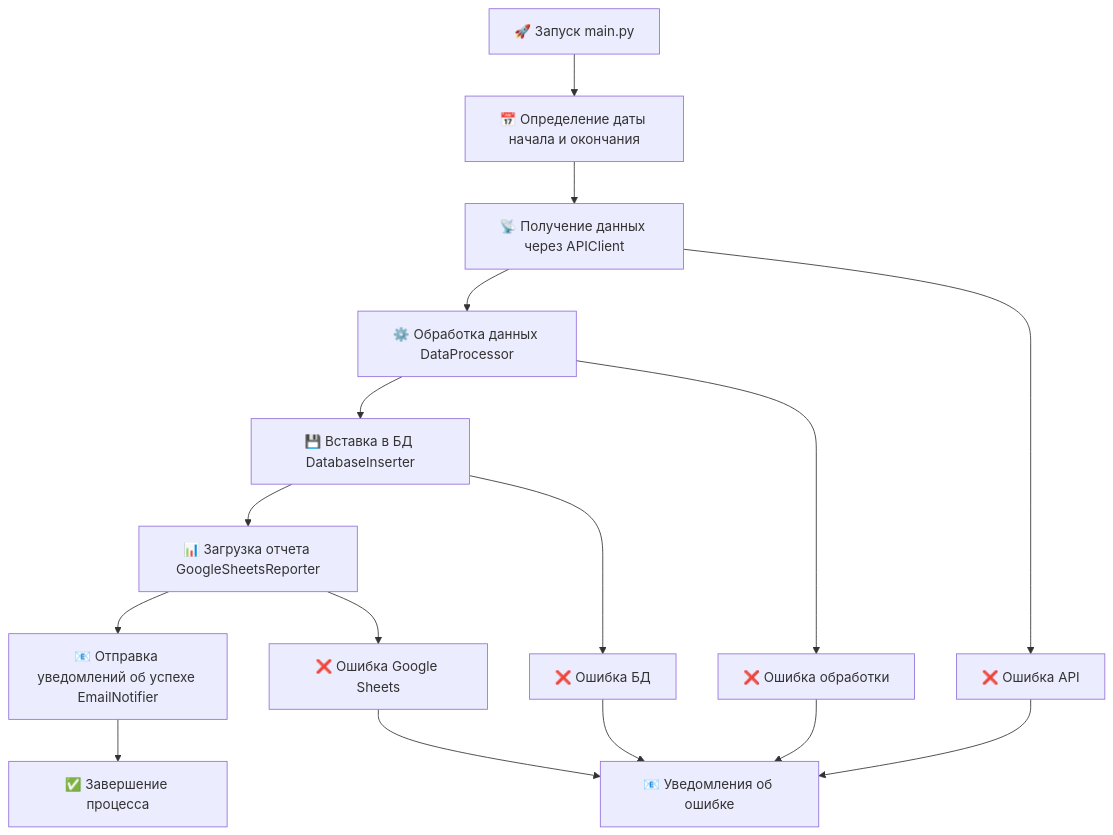
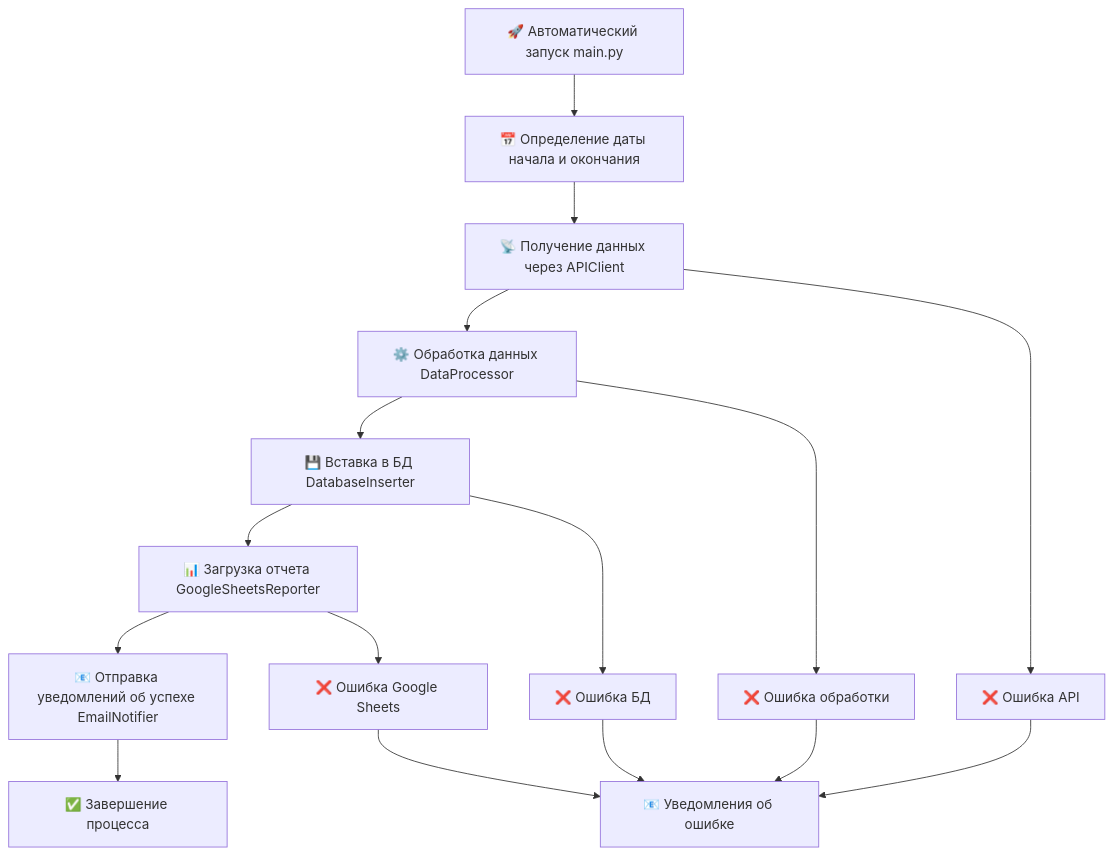
The diagram in README.md (iwswmb/lms-analytics-pipeline), drawn with Mermaid before and after one commit. The commit also changed other lines of this file, not shown here.

````diff
--- a/README.md
+++ b/README.md
@@ -74,20 +93,20 @@
 ```mermaid
 graph TD
-    A[🚀 Запуск main.py] --> B[📅 Определение даты начала и окончания];
+    A[🚀 Автоматический запуск main.py] --> B[📅 Определение даты начала и окончания];
     B --> C[📡 Получение данных через APIClient];
     C --> D[⚙️ Обработка данных DataProcessor];
     D --> E[💾 Вставка в БД DatabaseInserter];
     E --> F[📊 Загрузка отчета GoogleSheetsReporter];
     F --> G[📧 Отправка уведомлений об успехе EmailNotifier];
     G --> H[✅ Завершение процесса];
     
     C --> I[❌ Ошибка API];
     D --> J[❌ Ошибка обработки];
     E --> K[❌ Ошибка БД];
     F --> L[❌ Ошибка Google Sheets];
     
     I --> M[📧 Уведомления об ошибке];
     J --> M;
     K --> M;
     L --> M;
 ```
````
